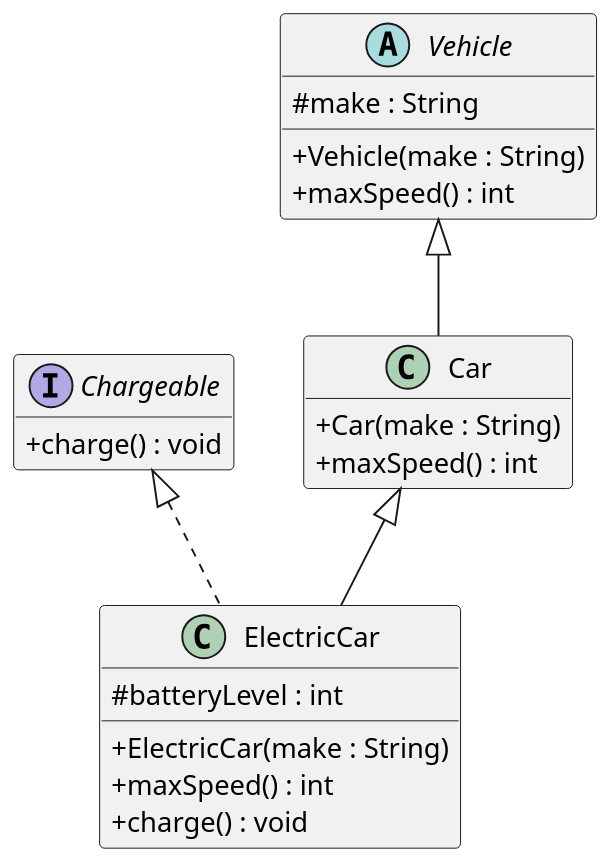
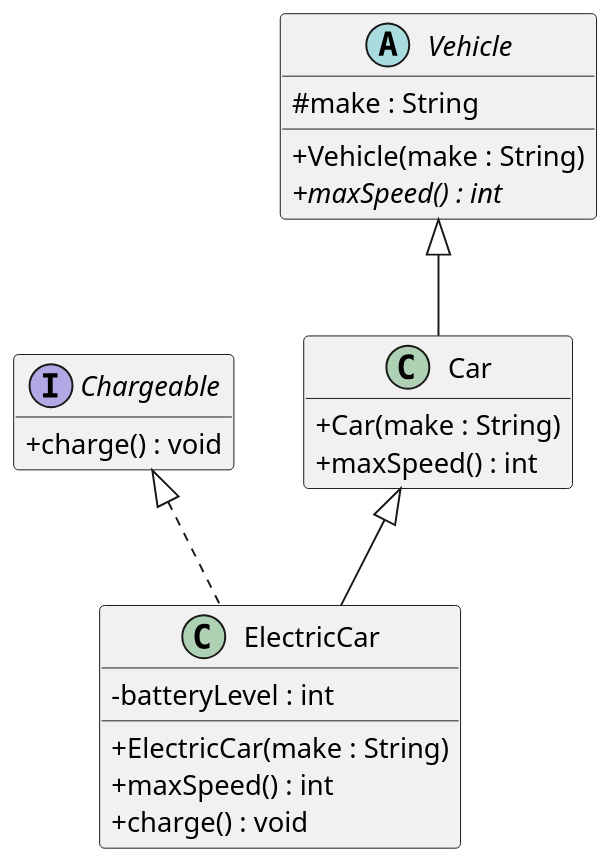
One commit to Cath-A/207-course-notes changed the diagram in plantuml/exercises/vehicles-uml-starter.puml. Above: the diagram before and after it, drawn with PlantUML.

Commit message:
Fix UML Question again

```diff
--- a/plantuml/exercises/vehicles-uml-starter.puml
+++ b/plantuml/exercises/vehicles-uml-starter.puml
@@ -1,47 +1,47 @@
 @startuml
 skinparam dpi 150
 skinparam classAttributeIconSize 0
 hide empty members
 
 ' Your task (Chapter 3, Question 2): draw the UML class diagram for the
 ' Vehicle / Car / ElectricCar / Chargeable code.
 '
 ' Define each type as a box, then connect them with the right arrows. One box
 ' (Chargeable) is filled in as an example — complete the other three and add the
 ' relationships.
 '
 ' PlantUML cheat-sheet:
 '   interface Name { + method() : Type }
 '   abstract class Name { # field : Type }
 '   class Name { - field : Type }
 '   Parent    <|-- Child    ' generalization: Child extends Parent
 '   Interface <|.. Class    ' realization:    Class implements Interface
 ' (Putting the parent/interface on the LEFT of the arrow keeps it on top.)
 
 interface Chargeable {
   + charge() : void
 }
 
 abstract class Vehicle {
   # make : String
   + Vehicle(make : String)
-  + maxSpeed() : int
+  + maxSpeed() : int {abstract}
 }
 
 class Car {
   + Car(make : String)
   + maxSpeed() : int
 }
 
 class ElectricCar {
-  # batteryLevel : int
+  - batteryLevel : int
   + ElectricCar(make : String)
   + maxSpeed() : int
   + charge() : void
 }
 
 Vehicle <|-- Car
 Car <|-- ElectricCar
 Chargeable <|.. ElectricCar
 
 @enduml
```
